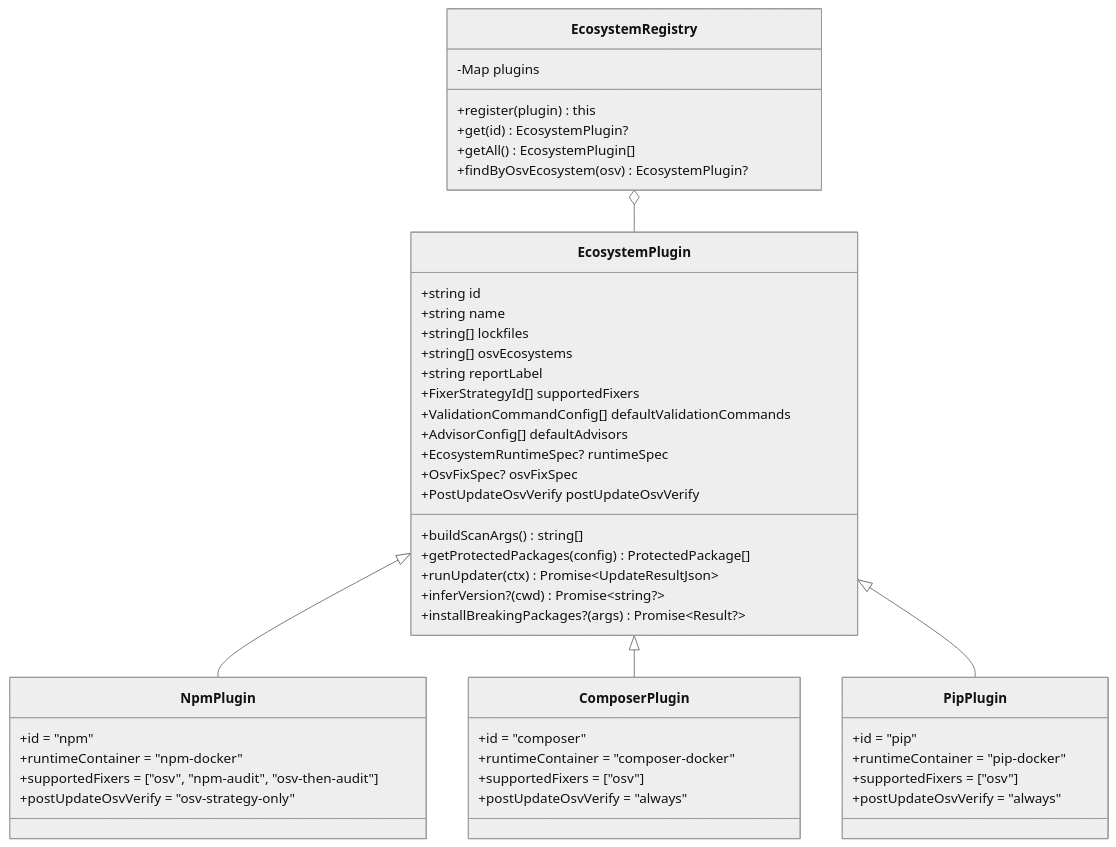
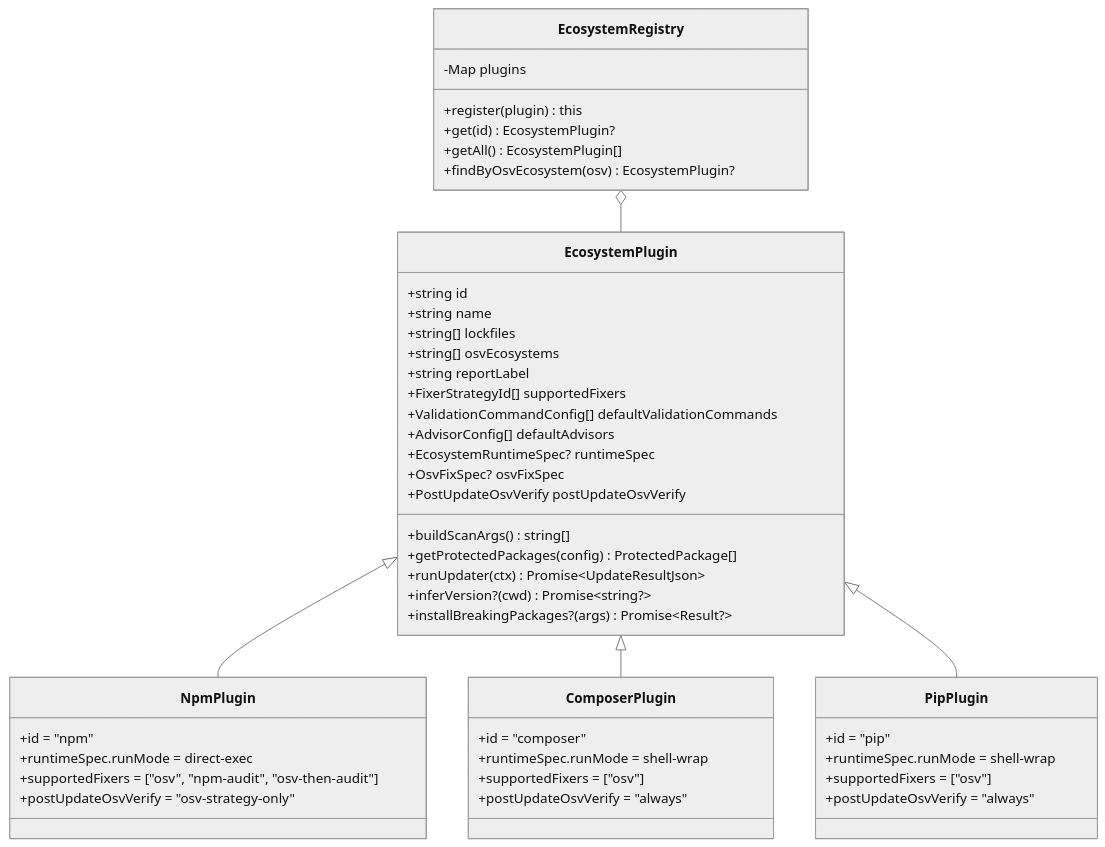
The third of 10 diagrams in docs/architecture.md (ejklock/deep-health), drawn with Mermaid (neutral theme) before and after one commit. The commit also changed other lines of this file and 1 other file, not shown here.

````diff
--- a/docs/architecture.md
+++ b/docs/architecture.md
@@ -171,55 +193,55 @@
 ```mermaid
 classDiagram
     class EcosystemPlugin {
         +string id
         +string name
         +string[] lockfiles
         +string[] osvEcosystems
         +string reportLabel
         +FixerStrategyId[] supportedFixers
         +ValidationCommandConfig[] defaultValidationCommands
         +AdvisorConfig[] defaultAdvisors
         +EcosystemRuntimeSpec? runtimeSpec
         +OsvFixSpec? osvFixSpec
         +PostUpdateOsvVerify postUpdateOsvVerify
         +buildScanArgs() string[]
         +getProtectedPackages(config) ProtectedPackage[]
         +runUpdater(ctx) Promise~UpdateResultJson~
         +inferVersion?(cwd) Promise~string?~
         +installBreakingPackages?(args) Promise~Result?~
     }
 
     class NpmPlugin {
         +id = "npm"
-        +runtimeContainer = "npm-docker"
+        +runtimeSpec.runMode = direct-exec
         +supportedFixers = ["osv", "npm-audit", "osv-then-audit"]
         +postUpdateOsvVerify = "osv-strategy-only"
     }
 
     class ComposerPlugin {
         +id = "composer"
-        +runtimeContainer = "composer-docker"
+        +runtimeSpec.runMode = shell-wrap
         +supportedFixers = ["osv"]
         +postUpdateOsvVerify = "always"
     }
 
     class PipPlugin {
         +id = "pip"
-        +runtimeContainer = "pip-docker"
+        +runtimeSpec.runMode = shell-wrap
         +supportedFixers = ["osv"]
         +postUpdateOsvVerify = "always"
     }
 
     class EcosystemRegistry {
         -Map plugins
         +register(plugin) this
         +get(id) EcosystemPlugin?
         +getAll() EcosystemPlugin[]
         +findByOsvEcosystem(osv) EcosystemPlugin?
     }
 
     EcosystemPlugin <|-- NpmPlugin
     EcosystemPlugin <|-- ComposerPlugin
     EcosystemPlugin <|-- PipPlugin
     EcosystemRegistry o-- EcosystemPlugin
 ```
````
